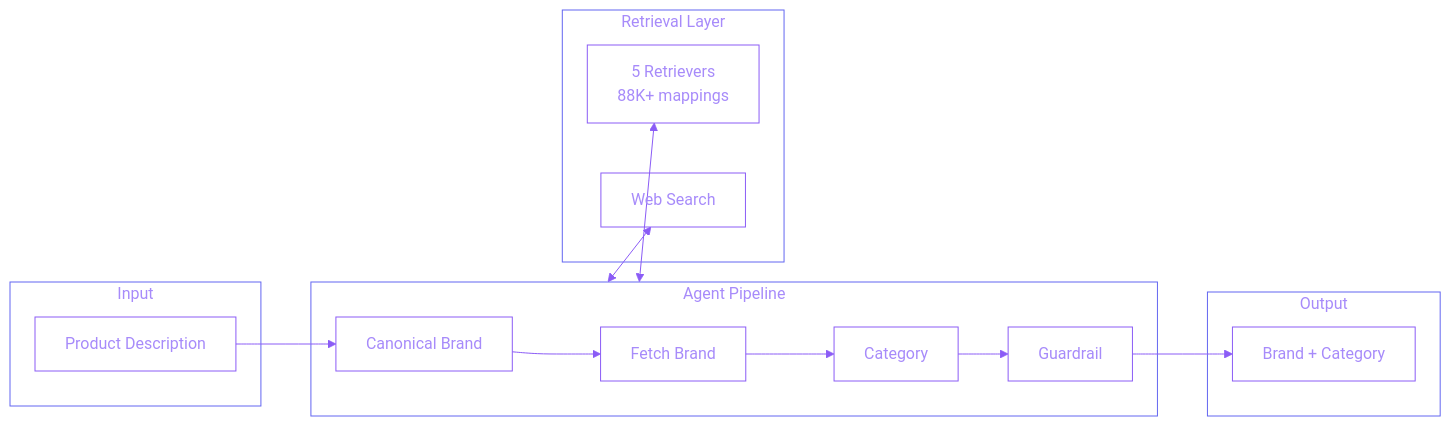
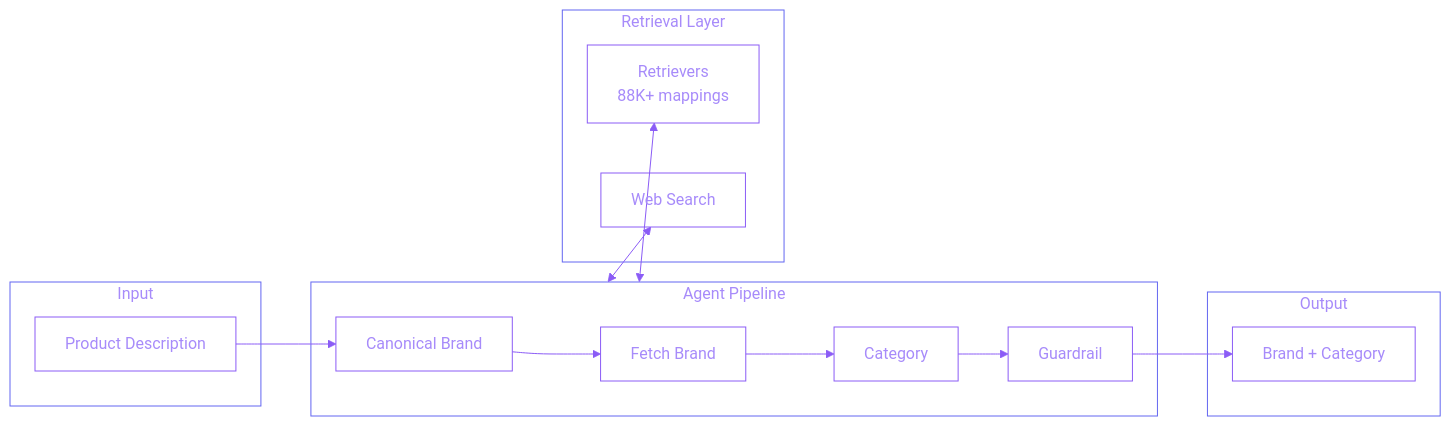
Before and after one commit to connectwithprakash/connectwithprakash.github.io: the first of 4 diagrams in src/content/projects/async-matching-framework.md, drawn with Mermaid. The commit also changed other lines of this file and 1 other file, not shown here.

````diff
--- a/src/content/projects/async-matching-framework.md
+++ b/src/content/projects/async-matching-framework.md
@@ -37,27 +37,27 @@
 ```mermaid
 %%{init: {'theme': 'base', 'themeVariables': { 'primaryColor': 'transparent', 'primaryTextColor': '#a78bfa', 'primaryBorderColor': '#8b5cf6', 'lineColor': '#8b5cf6', 'secondaryColor': 'transparent', 'tertiaryColor': 'transparent', 'mainBkg': 'transparent', 'nodeBorder': '#8b5cf6', 'clusterBkg': 'transparent', 'clusterBorder': '#6366f1', 'titleColor': '#a78bfa'}}}%%
 flowchart LR
     subgraph Input
         SPD[Product Description]
     end
 
     subgraph Agents["Agent Pipeline"]
         CB[Canonical Brand]
         FB[Fetch Brand]
         Cat[Category]
         Guard[Guardrail]
     end
 
     subgraph RAG["Retrieval Layer"]
-        Ret[5 Retrievers<br/>88K+ mappings]
+        Ret[Retrievers<br/>88K+ mappings]
         Web[Web Search]
     end
 
     subgraph Output
         Map[Brand + Category]
     end
 
     SPD --> CB --> FB --> Cat --> Guard --> Map
     Agents <--> Ret
     Agents <--> Web
 ```
````
